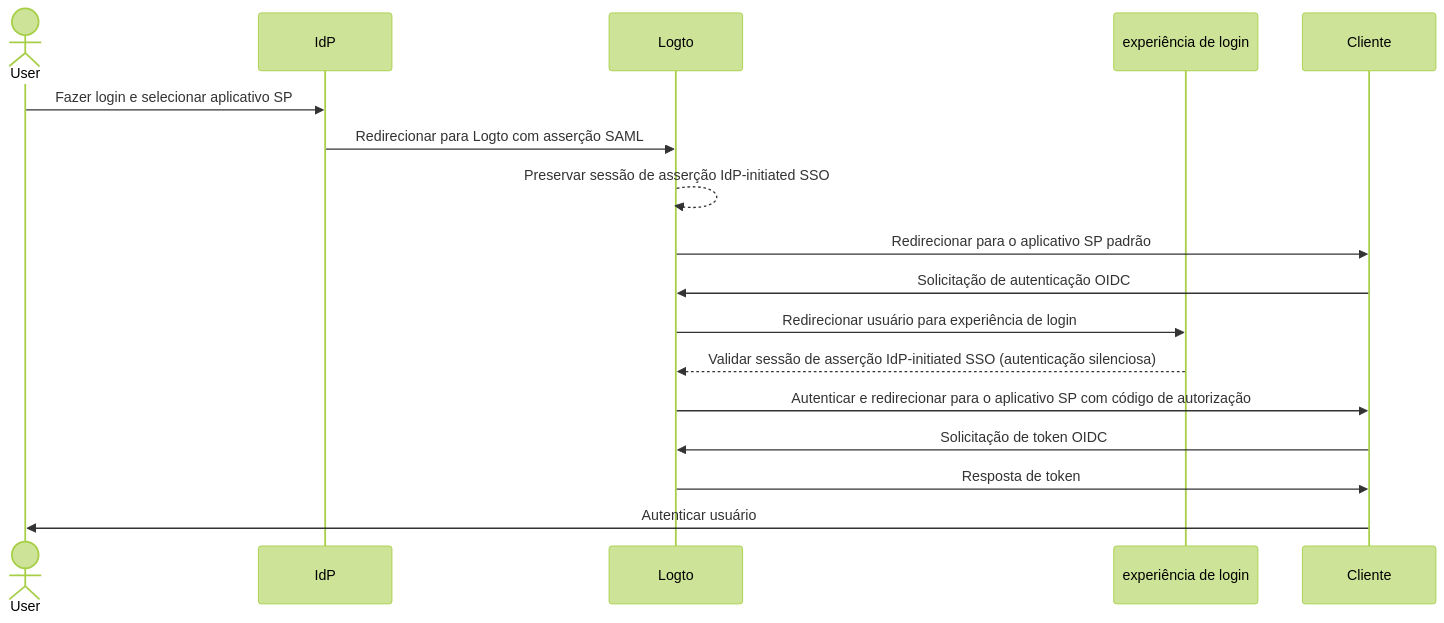
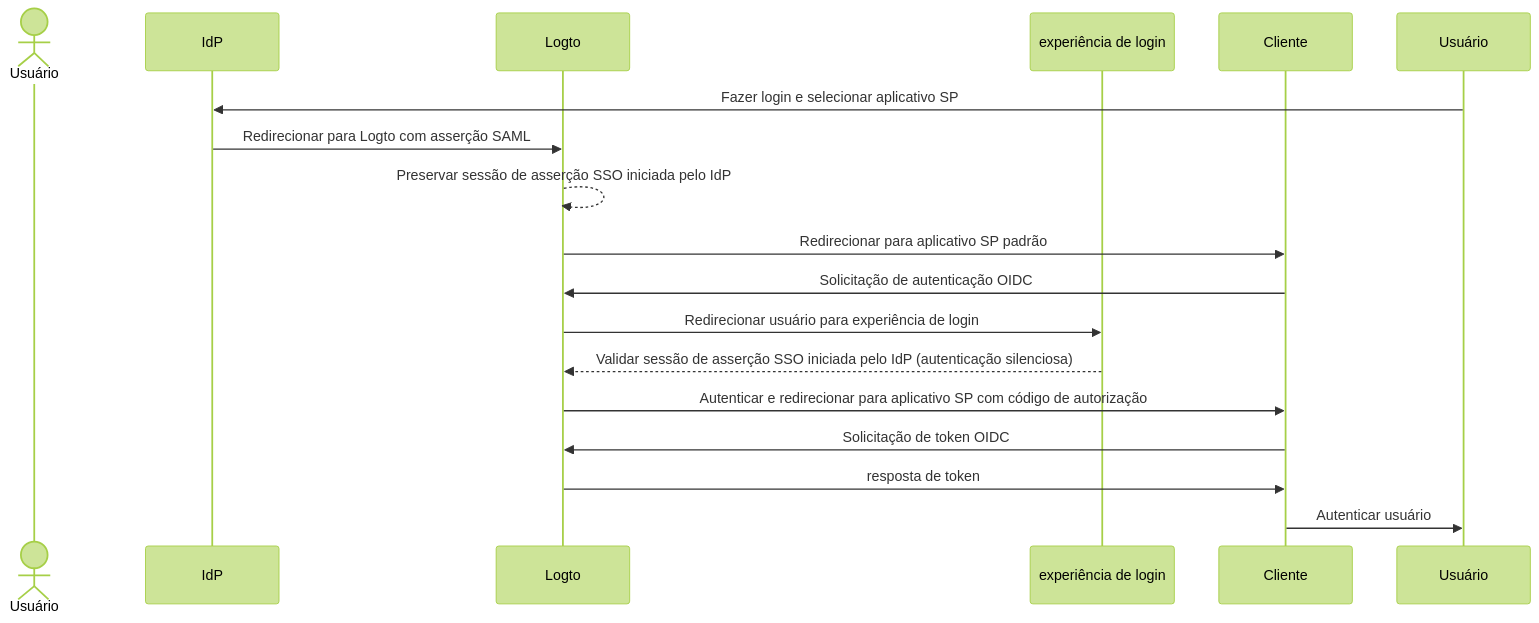
Before and after one commit to logto-io/docs: the first of 2 diagrams in i18n/pt-BR/docusaurus-plugin-content-docs/current/end-user-flows/enterprise-sso/idp-initiated-sso.mdx, drawn with Mermaid (forest theme). The commit also changed other lines of this file and 666 other files, not shown here.

````diff
--- a/i18n/pt-BR/docusaurus-plugin-content-docs/current/end-user-flows/enterprise-sso/idp-initiated-sso.mdx
+++ b/i18n/pt-BR/docusaurus-plugin-content-docs/current/end-user-flows/enterprise-sso/idp-initiated-sso.mdx
@@ -60,20 +60,20 @@
 ```mermaid
 sequenceDiagram
-    actor User
+    actor User as Usuário
     participant IdP as IdP
     participant Logto as Logto
     participant Experience as experiência de login
     participant SP as Cliente
 
-    User->>IdP: Fazer login e selecionar aplicativo SP
+    Usuário->>IdP: Fazer login e selecionar aplicativo SP
     IdP->>Logto: Redirecionar para Logto com asserção SAML
-    Logto-->>Logto: Preservar sessão de asserção IdP-initiated SSO
-    Logto->>SP: Redirecionar para o aplicativo SP padrão
+    Logto-->>Logto: Preservar sessão de asserção SSO iniciada pelo IdP
+    Logto->>SP: Redirecionar para aplicativo SP padrão
     SP->>Logto: Solicitação de autenticação OIDC
     Logto->>Experience: Redirecionar usuário para experiência de login
-    Experience-->>Logto: Validar sessão de asserção IdP-initiated SSO (autenticação silenciosa)
-    Logto->>SP: Autenticar e redirecionar para o aplicativo SP com código de autorização
+    Experience-->>Logto: Validar sessão de asserção SSO iniciada pelo IdP (autenticação silenciosa)
+    Logto->>SP: Autenticar e redirecionar para aplicativo SP com código de autorização
     SP->>Logto: Solicitação de token OIDC
-    Logto->>SP: Resposta de token
-    SP->>User: Autenticar usuário
+    Logto->>SP: resposta de token
+    SP->>Usuário: Autenticar usuário
 ```
````
